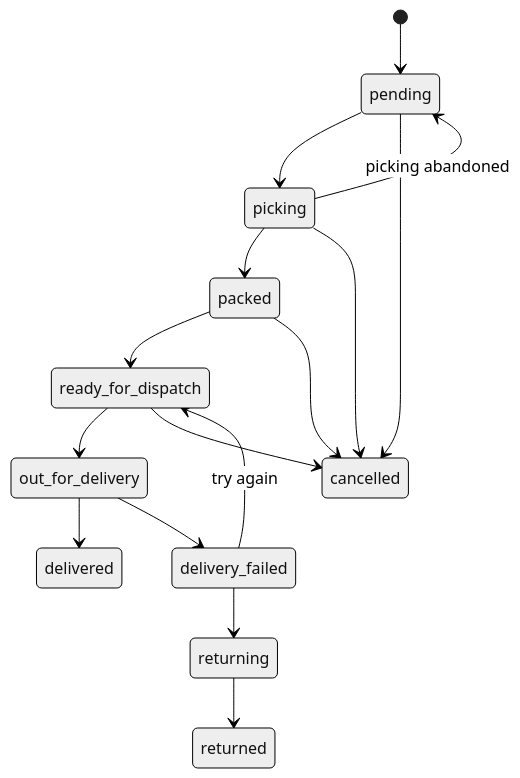
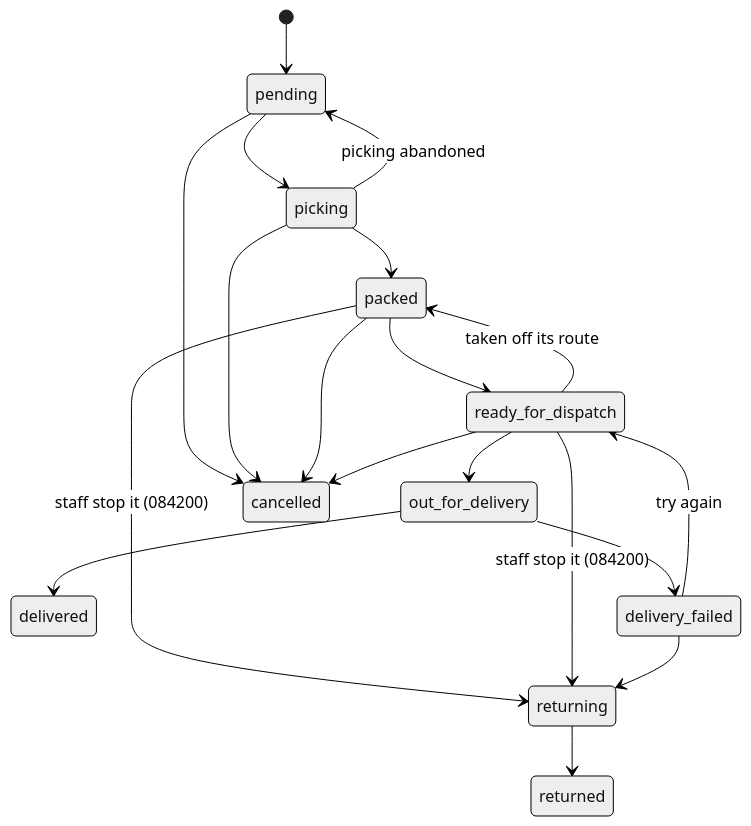
One commit to raea07/amazon-tiquicia changed the seventh of 10 diagrams in docs/03-data/data-model.md. Above: the diagram before and after it, drawn with Mermaid (neutral theme). The commit also changed other lines of this file and 11 other files, not shown here.

````diff
--- a/docs/03-data/data-model.md
+++ b/docs/03-data/data-model.md
@@ -290,18 +292,21 @@
 ```mermaid
 stateDiagram-v2
   [*] --> pending
   pending --> picking
   picking --> packed
   picking --> pending: picking abandoned
   packed --> ready_for_dispatch
+  packed --> returning: staff stop it (084200)
+  ready_for_dispatch --> packed: taken off its route
+  ready_for_dispatch --> returning: staff stop it (084200)
   ready_for_dispatch --> out_for_delivery
   out_for_delivery --> delivered
   out_for_delivery --> delivery_failed
   delivery_failed --> ready_for_dispatch: try again
   delivery_failed --> returning
   returning --> returned
   pending --> cancelled
   picking --> cancelled
   packed --> cancelled
   ready_for_dispatch --> cancelled
 ```
````
